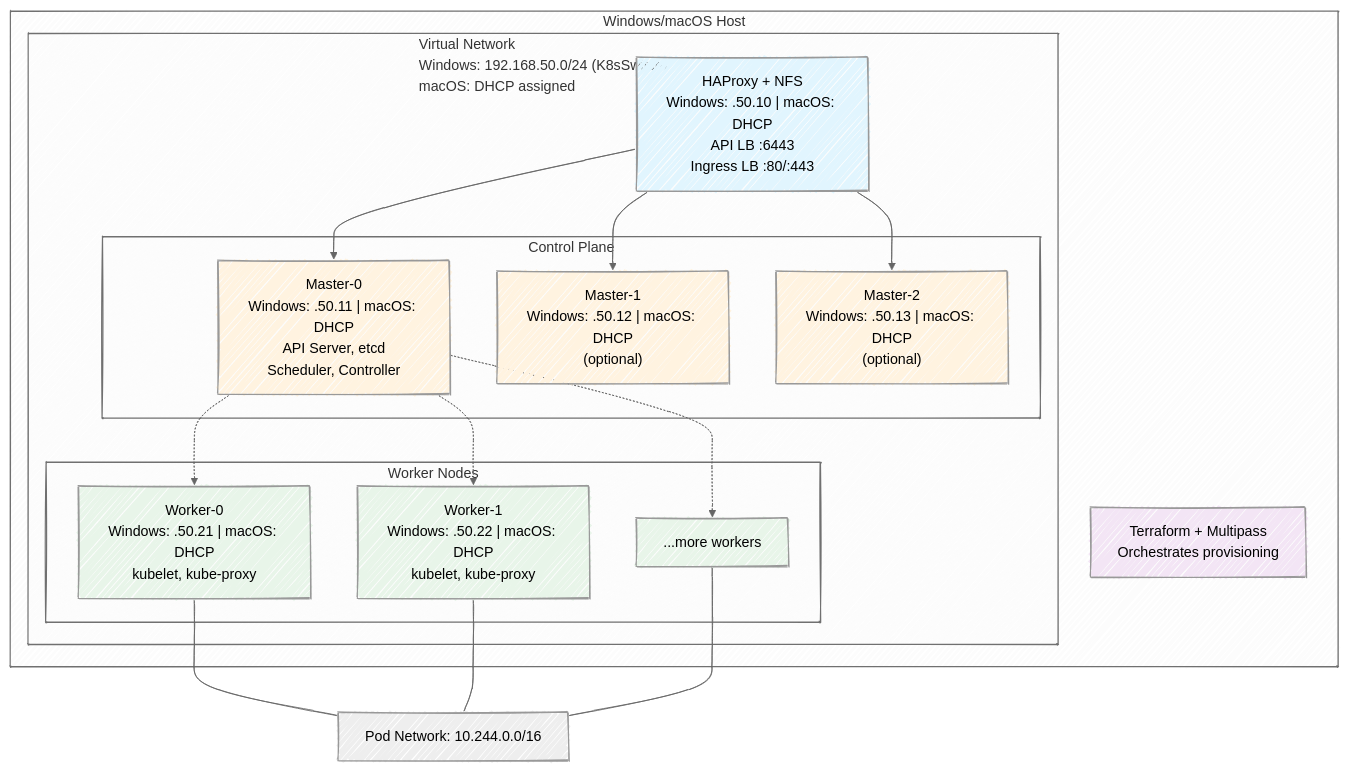
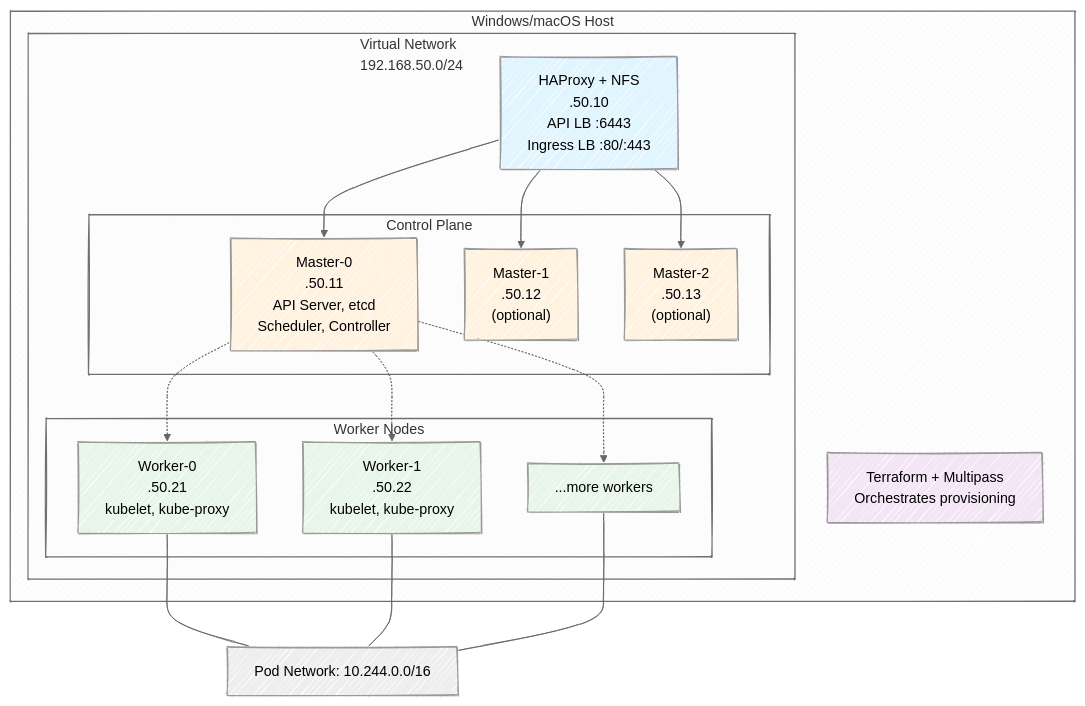
The first of 5 diagrams in local-k8s/docs/k8s-conf.md (kse-bd8338bbe006/lab-env-setup), drawn with Mermaid before and after one commit. The commit also changed other lines of this file, not shown here.

````diff
--- a/local-k8s/docs/k8s-conf.md
+++ b/local-k8s/docs/k8s-conf.md
@@ -26,38 +26,38 @@
 ```mermaid
 %%{init: {"look": "handDrawn", "theme": "neutral"}}%%
 flowchart TB
     subgraph Host["Windows/macOS Host"]
-        subgraph VNet["Virtual Network<br/>Windows: 192.168.50.0/24 (K8sSwitch)<br/>macOS: DHCP assigned"]
-            HAProxy["HAProxy + NFS<br/>Windows: .50.10 | macOS: DHCP<br/>API LB :6443<br/>Ingress LB :80/:443"]
+        subgraph VNet["Virtual Network<br/>192.168.50.0/24"]
+            HAProxy["HAProxy + NFS<br/>.50.10<br/>API LB :6443<br/>Ingress LB :80/:443"]
 
             subgraph Masters["Control Plane"]
-                M0["Master-0<br/>Windows: .50.11 | macOS: DHCP<br/>API Server, etcd<br/>Scheduler, Controller"]
-                M1["Master-1<br/>Windows: .50.12 | macOS: DHCP<br/>(optional)"]
-                M2["Master-2<br/>Windows: .50.13 | macOS: DHCP<br/>(optional)"]
+                M0["Master-0<br/>.50.11<br/>API Server, etcd<br/>Scheduler, Controller"]
+                M1["Master-1<br/>.50.12<br/>(optional)"]
+                M2["Master-2<br/>.50.13<br/>(optional)"]
             end
 
             subgraph Workers["Worker Nodes"]
-                W0["Worker-0<br/>Windows: .50.21 | macOS: DHCP<br/>kubelet, kube-proxy"]
-                W1["Worker-1<br/>Windows: .50.22 | macOS: DHCP<br/>kubelet, kube-proxy"]
+                W0["Worker-0<br/>.50.21<br/>kubelet, kube-proxy"]
+                W1["Worker-1<br/>.50.22<br/>kubelet, kube-proxy"]
                 WN["...more workers"]
             end
 
             HAProxy --> M0 & M1 & M2
             M0 -.-> W0 & W1 & WN
         end
 
         TF["Terraform + Multipass<br/>Orchestrates provisioning"]
     end
 
     PodNet["Pod Network: 10.244.0.0/16"]
     W0 & W1 & WN --- PodNet
 
     style HAProxy fill:#e1f5fe
     style M0 fill:#fff3e0
     style M1 fill:#fff3e0
     style M2 fill:#fff3e0
     style W0 fill:#e8f5e9
     style W1 fill:#e8f5e9
     style WN fill:#e8f5e9
     style TF fill:#f3e5f5
 ```
````
